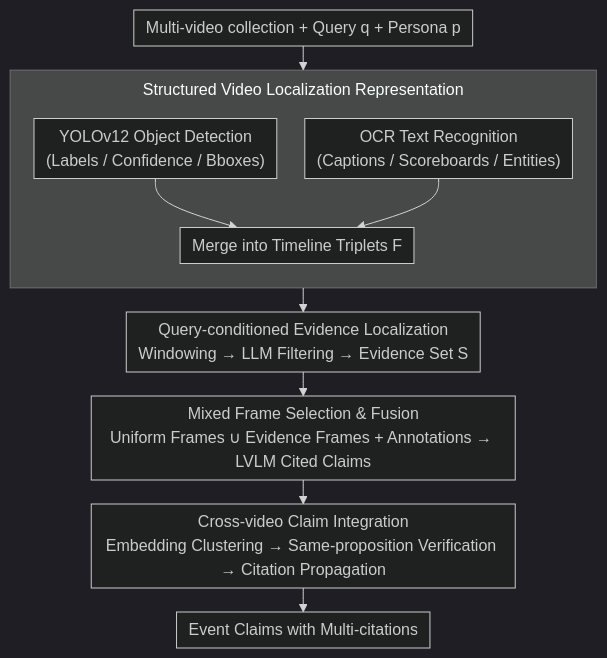
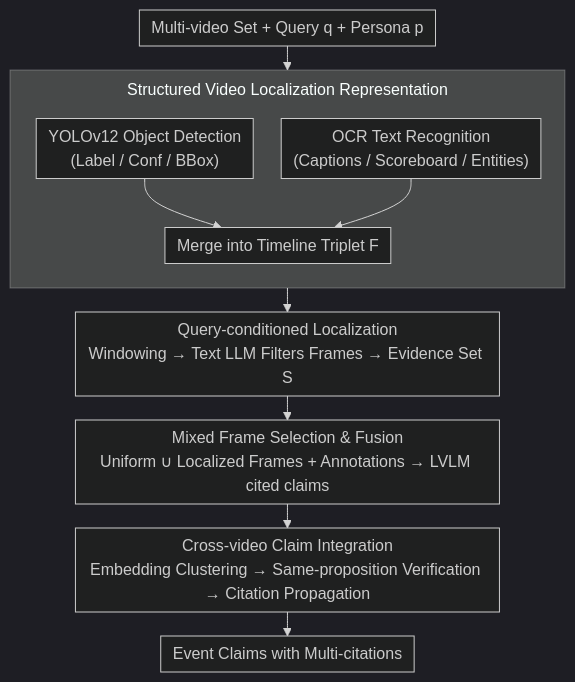
The diagram in docs/ACL2026/multimodal_vlm/trace_evidence_grounding-guided_multi-video_event_understanding_and_claim_genera.md (zhaoyang97/Paper-Notes-en), drawn with Mermaid (dark theme) before and after one commit. The commit also changed other lines of this file and 5084 other files, not shown here.

````diff
--- a/docs/ACL2026/multimodal_vlm/trace_evidence_grounding-guided_multi-video_event_understanding_and_claim_genera.md
+++ b/docs/ACL2026/multimodal_vlm/trace_evidence_grounding-guided_multi-video_event_understanding_and_claim_genera.md
@@ -45,17 +45,17 @@
 ```mermaid
 %%{init: {'flowchart': {'rankSpacing': 24, 'nodeSpacing': 28, 'padding': 6, 'wrappingWidth': 400, 'subGraphTitleMargin': {'top': 8, 'bottom': 16}}}}%%
 flowchart TD
-    IN["Multi-video collection + Query q + Persona p"]
+    IN["Multi-video Set + Query q + Persona p"]
     subgraph G1["Structured Video Localization Representation"]
         direction TB
-        D["YOLOv12 Object Detection<br/>(Labels / Confidence / Bboxes)"]
-        O["OCR Text Recognition<br/>(Captions / Scoreboards / Entities)"]
-        D --> TL["Merge into Timeline Triplets F"]
+        D["YOLOv12 Object Detection<br/>(Label / Conf / BBox)"]
+        O["OCR Text Recognition<br/>(Captions / Scoreboard / Entities)"]
+        D --> TL["Merge into Timeline Triplet F"]
         O --> TL
     end
     IN --> G1
-    G1 --> LOC["Query-conditioned Evidence Localization<br/>Windowing → LLM Filtering → Evidence Set S"]
-    LOC --> GEN["Mixed Frame Selection & Fusion<br/>Uniform Frames ∪ Evidence Frames + Annotations → LVLM Cited Claims"]
+    G1 --> LOC["Query-conditioned Localization<br/>Windowing → Text LLM Filters Frames → Evidence Set S"]
+    LOC --> GEN["Mixed Frame Selection & Fusion<br/>Uniform ∪ Localized Frames + Annotations → LVLM cited claims"]
     GEN --> CONS["Cross-video Claim Integration<br/>Embedding Clustering → Same-proposition Verification → Citation Propagation"]
     CONS --> OUT["Event Claims with Multi-citations"]
 ```
````
